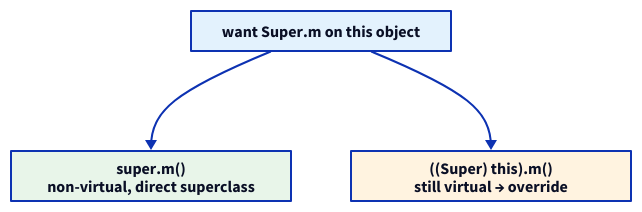
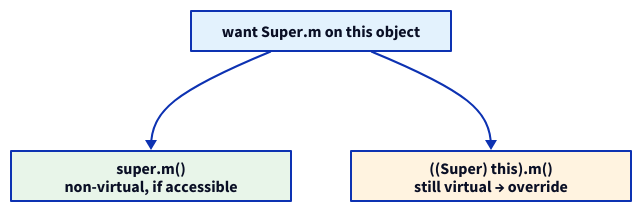
Before and after one commit to LogicAdept/SRS-Obsidian: the diagram in SRS/How do you call an overridden superclass method in Java.md, drawn with D2. The commit also changed other lines of this file and 18 other files, not shown here.

````diff
--- a/SRS/How do you call an overridden superclass method in Java.md
+++ b/SRS/How do you call an overridden superclass method in Java.md
@@ -22,20 +22,20 @@
 ```d2
 direction: down
 call: "want Super.m on this object" {
   width: 260
   height: 40
   style.fill: "#e3f2fd"
 }
-ok: "super.m()\nnon-virtual, direct superclass" {
+ok: "super.m()\nnon-virtual, if accessible" {
   width: 280
   height: 50
   style.fill: "#e8f5e9"
 }
 bad: "((Super) this).m()\nstill virtual → override" {
   width: 280
   height: 50
   style.fill: "#fff3e0"
 }
 call -> ok
 call -> bad
 ```
````
